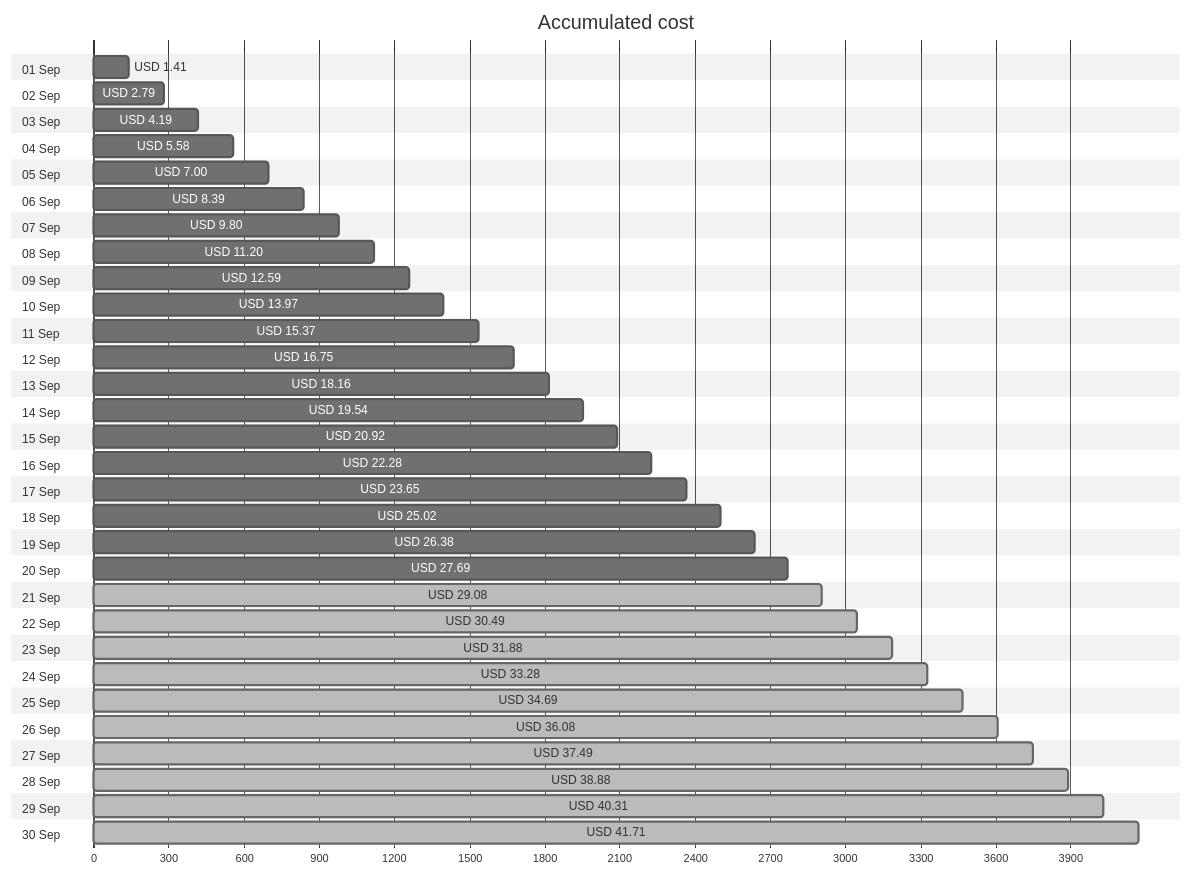
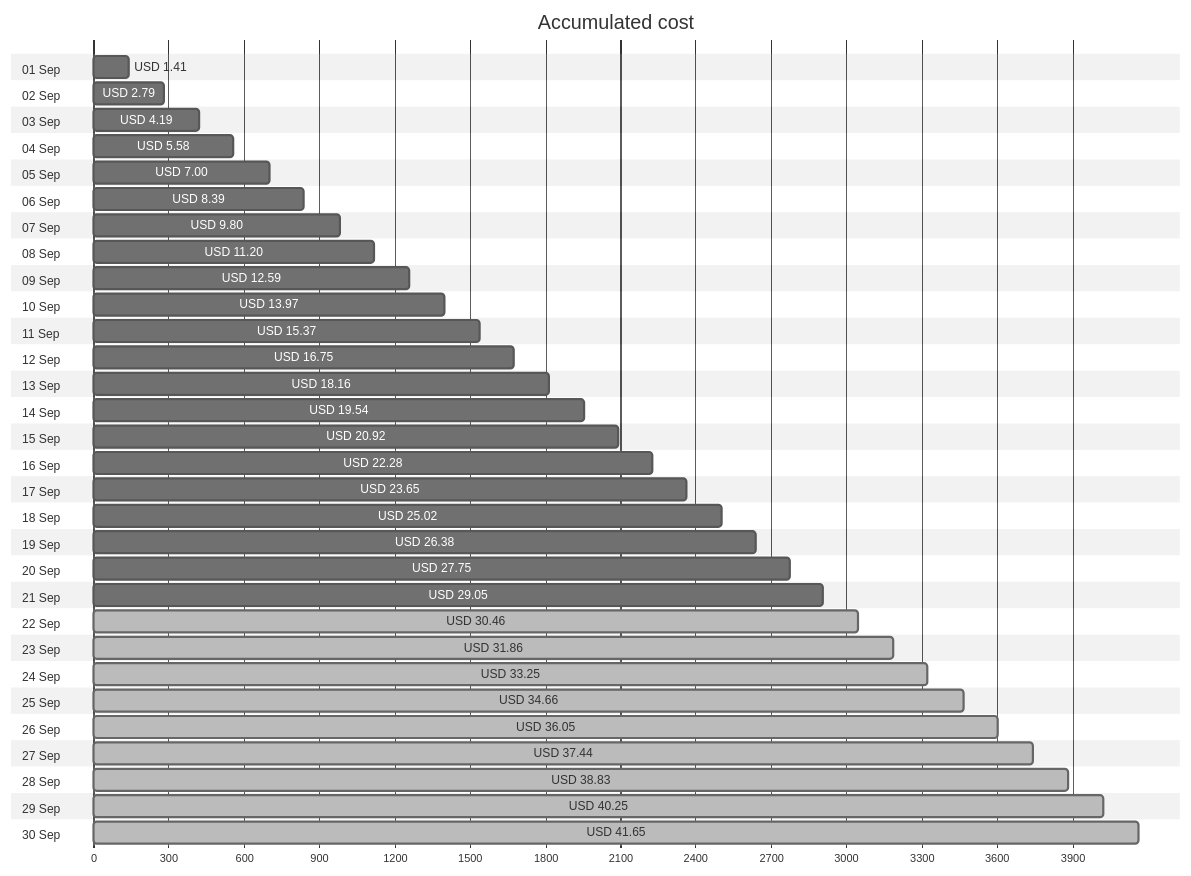
The first of 4 diagrams in cost-reports/personal-network/backup-data-disk.md (jpfulton/azure-personal-reports), drawn with Mermaid (neutral theme) before and after one commit. The commit also changed other lines of this file and 9 other files, not shown here.

````diff
--- a/cost-reports/personal-network/backup-data-disk.md
+++ b/cost-reports/personal-network/backup-data-disk.md
@@ -20,66 +20,66 @@
 ```mermaid
 gantt
    title Accumulated cost
    dateFormat  X
    axisFormat %s
    section 01 Sep
    USD 1.41 :0, 141
    section 02 Sep
    USD 2.79 :0, 279
    section 03 Sep
    USD 4.19 :0, 419
    section 04 Sep
    USD 5.58 :0, 558
    section 05 Sep
    USD 7.00 :0, 700
    section 06 Sep
    USD 8.39 :0, 839
    section 07 Sep
    USD 9.80 :0, 980
    section 08 Sep
    USD 11.20 :0, 1120
    section 09 Sep
    USD 12.59 :0, 1259
    section 10 Sep
    USD 13.97 :0, 1397
    section 11 Sep
    USD 15.37 :0, 1537
    section 12 Sep
    USD 16.75 :0, 1675
    section 13 Sep
    USD 18.16 :0, 1816
    section 14 Sep
    USD 19.54 :0, 1954
    section 15 Sep
    USD 20.92 :0, 2092
    section 16 Sep
    USD 22.28 :0, 2228
    section 17 Sep
    USD 23.65 :0, 2365
    section 18 Sep
    USD 25.02 :0, 2502
    section 19 Sep
    USD 26.38 :0, 2638
    section 20 Sep
-   USD 27.69 :0, 2769
+   USD 27.75 :0, 2775
    section 21 Sep
-   USD 29.08 : done, 0, 2908
+   USD 29.05 :0, 2905
    section 22 Sep
-   USD 30.49 : done, 0, 3049
+   USD 30.46 : done, 0, 3046
    section 23 Sep
-   USD 31.88 : done, 0, 3188
+   USD 31.86 : done, 0, 3186
    section 24 Sep
-   USD 33.28 : done, 0, 3328
+   USD 33.25 : done, 0, 3325
    section 25 Sep
-   USD 34.69 : done, 0, 3469
+   USD 34.66 : done, 0, 3466
    section 26 Sep
-   USD 36.08 : done, 0, 3608
+   USD 36.05 : done, 0, 3605
    section 27 Sep
-   USD 37.49 : done, 0, 3749
+   USD 37.44 : done, 0, 3744
    section 28 Sep
-   USD 38.88 : done, 0, 3888
+   USD 38.83 : done, 0, 3883
    section 29 Sep
-   USD 40.31 : done, 0, 4031
+   USD 40.25 : done, 0, 4025
    section 30 Sep
-   USD 41.71 : done, 0, 4171
+   USD 41.65 : done, 0, 4165
 ```
````
